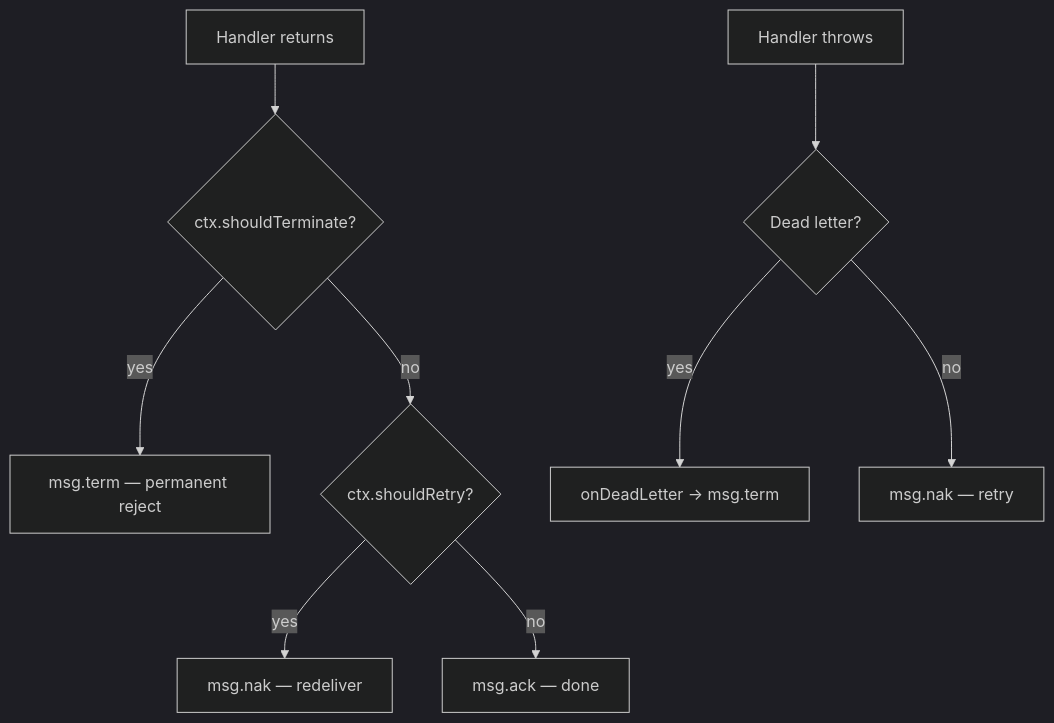
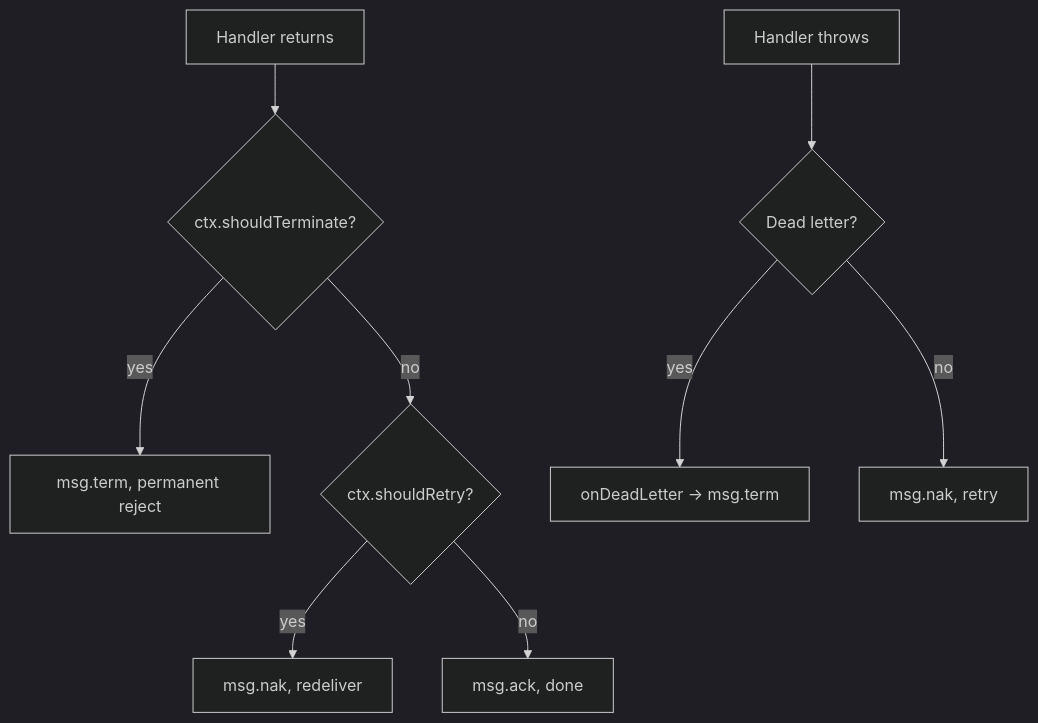
The diagram in website/docs/guides/handler-context.md (HorizonRepublic/nestjs-jetstream), drawn with Mermaid (dark theme) before and after one commit. The commit also changed other lines of this file and 68 other files, not shown here.

````diff
--- a/website/docs/guides/handler-context.md
+++ b/website/docs/guides/handler-context.md
@@ -185,11 +185,11 @@
 ```mermaid
 flowchart TD
     A[Handler returns] --> B{ctx.shouldTerminate?}
-    B -->|yes| C[msg.term — permanent reject]
+    B -->|yes| C[msg.term, permanent reject]
     B -->|no| D{ctx.shouldRetry?}
-    D -->|yes| E[msg.nak — redeliver]
-    D -->|no| F[msg.ack — done]
+    D -->|yes| E[msg.nak, redeliver]
+    D -->|no| F[msg.ack, done]
     G[Handler throws] --> H{Dead letter?}
     H -->|yes| I[onDeadLetter → msg.term]
-    H -->|no| J[msg.nak — retry]
+    H -->|no| J[msg.nak, retry]
 ```
````
